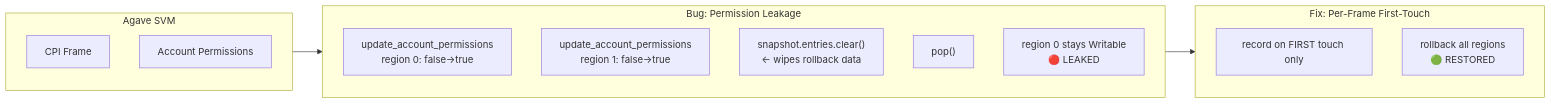
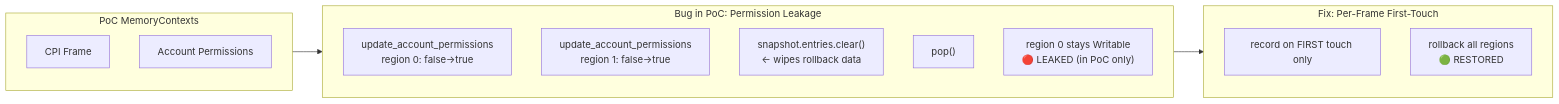
One commit to RFT-SIRM/agave-abiv2-memory-contexts changed the first of 3 diagrams in README.md. Above: the diagram before and after it, drawn with Mermaid. The commit also changed other lines of this file, not shown here.

````diff
--- a/README.md
+++ b/README.md
@@ -18,20 +30,20 @@
 ```mermaid
 flowchart LR
-    subgraph SVM["Agave SVM"]
+    subgraph PoC["PoC MemoryContexts"]
         CPI["CPI Frame"]
         PERM["Account Permissions"]
     end
-    subgraph BUG["Bug: Permission Leakage"]
+    subgraph BUG["Bug in PoC: Permission Leakage"]
         UPD1["update_account_permissions<br/>region 0: false→true"]
         UPD2["update_account_permissions<br/>region 1: false→true"]
         CLR["snapshot.entries.clear()<br/>← wipes rollback data"]
         POP["pop()"]
-        LEAK["region 0 stays Writable<br/>🔴 LEAKED"]
+        LEAK["region 0 stays Writable<br/>🔴 LEAKED (in PoC only)"]
     end
     subgraph FIX["Fix: Per-Frame First-Touch"]
         FT["record on FIRST touch only"]
         RB["rollback all regions<br/>🟢 RESTORED"]
     end
-    SVM --> BUG
+    PoC --> BUG
     BUG --> FIX
 ```
````
